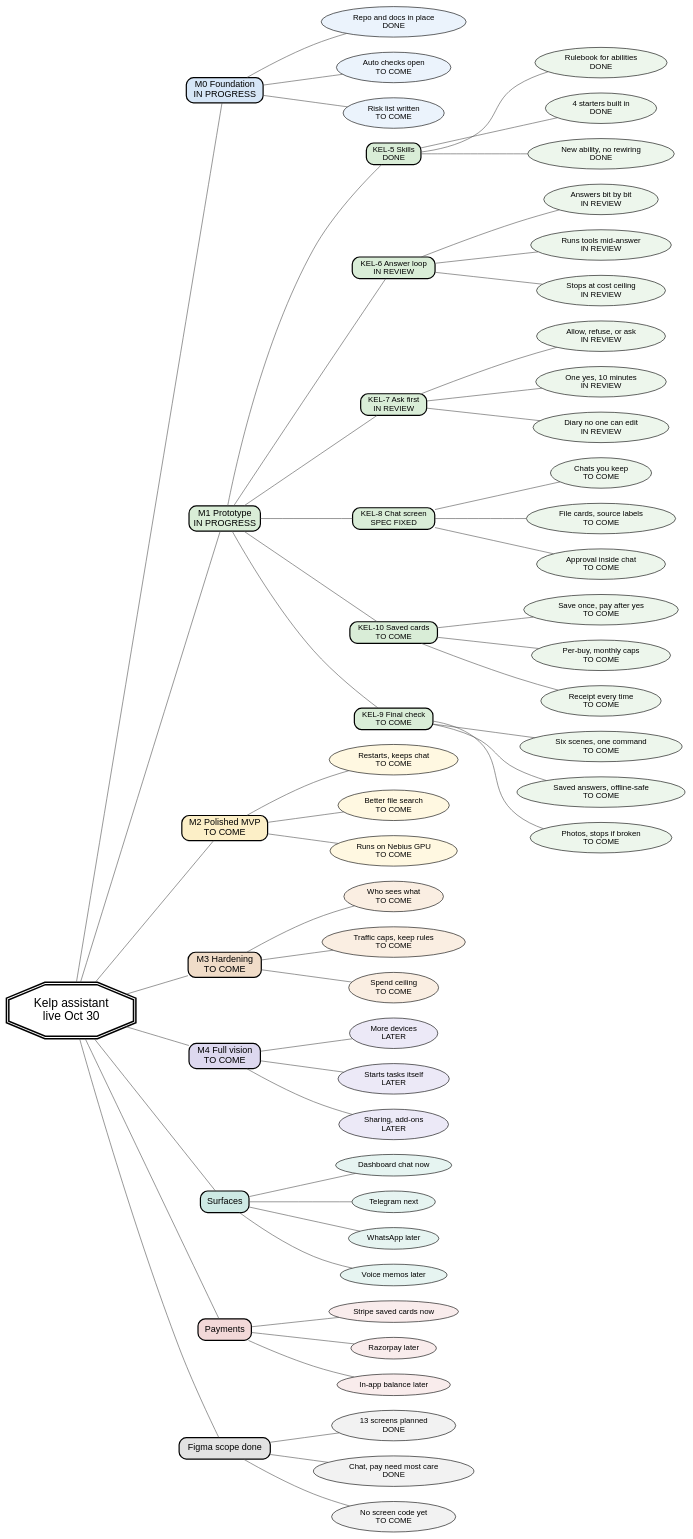
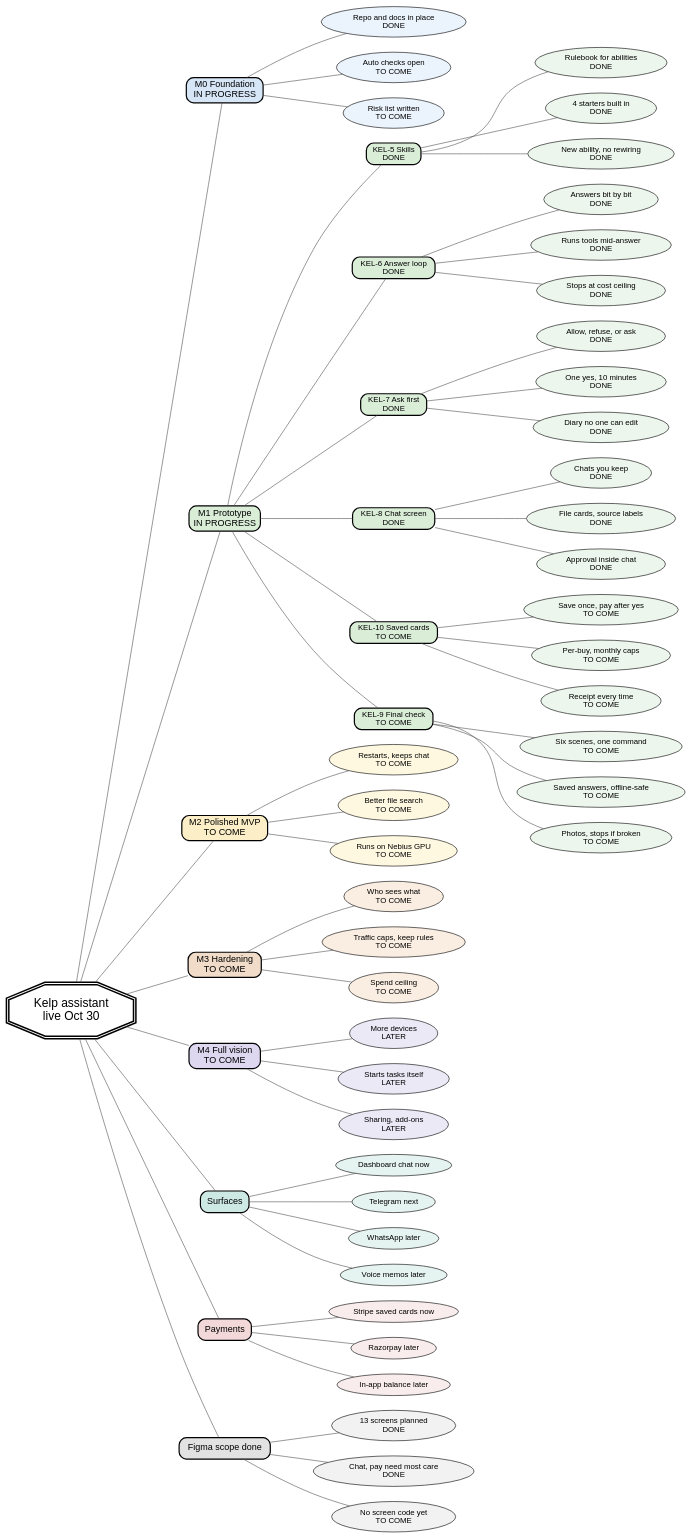
Before and after one commit to Anshieee/kelp: the diagram in docs/sdlc-mindmap.gv, drawn with Graphviz. The commit also changed 4 other files, not shown here.

```diff
--- a/docs/sdlc-mindmap.gv
+++ b/docs/sdlc-mindmap.gv
@@ -1,161 +1,161 @@
 // Kelp assistant SDLC mindmap (KEL-numbered).
 // One central node, one idea per branch, plain words.
 // Render: dot -Tsvg docs/sdlc-mindmap.gv -o docs/sdlc-mindmap.svg
 //         dot -Tpng docs/sdlc-mindmap.gv -o docs/sdlc-mindmap.png
 // Colours: white background, small muted fills per branch, black text.
 // Meaning is carried by words, never by colour alone. No emojis.
-// Status words: DONE, IN REVIEW, SPEC FIXED, IN PROGRESS, TO COME, LATER.
+// Status words: DONE, IN PROGRESS, TO COME, LATER.
 // Interactivity: every node has URL (page anchor) + tooltip (one plain line),
 // so dot emits <a href> links and <title> tooltips in the SVG.
 digraph sdlc {
   bgcolor="white";
   rankdir="LR";
   splines="true";
   overlap="false";
   nodesep="0.35";
   ranksep="1.0";
   node [fontname="Helvetica" fontsize="13" color="black" fontcolor="black" fillcolor="white" style="filled,rounded"];
   edge [color="#555555" arrowhead="none"];
 
   // Central node
   center [label="Kelp assistant\nlive Oct 30" shape="doubleoctagon" style="filled,bold" fontsize="20" penwidth="2.5" width="2.3" height="1.2" fillcolor="white" URL="#top" tooltip="Private assistant you talk to from a dashboard. Target live Oct 30."];
 
   // Main branches
   m0   [label="M0 Foundation\nIN PROGRESS" shape="box" style="filled,bold,rounded" fontsize="15" penwidth="2" fillcolor="#D6E6F7" URL="#m0" tooltip="Stage 0: shared code, docs, checks, risk list. In progress."];
   m1   [label="M1 Prototype\nIN PROGRESS" shape="box" style="filled,bold,rounded" fontsize="15" penwidth="2" fillcolor="#D9EDD7" URL="#m1" tooltip="Stage 1: ask, answer, approve, pay, demo. In progress."];
   m2   [label="M2 Polished MVP\nTO COME" shape="box" style="filled,bold,rounded" fontsize="15" penwidth="2" fillcolor="#FCEFC7" URL="#m2" tooltip="Stage 2: survives ordinary use. Agreed, not started."];
   m3   [label="M3 Hardening\nTO COME" shape="box" style="filled,bold,rounded" fontsize="15" penwidth="2" fillcolor="#F0DCC8" URL="#m3" tooltip="Stage 3: privacy and cost promises hold. Agreed, not started."];
   m4   [label="M4 Full vision\nTO COME" shape="box" style="filled,bold,rounded" fontsize="15" penwidth="2" fillcolor="#DDD8EF" URL="#m4" tooltip="Stage 4: more devices and sharing. Direction, not a deadline."];
   surf [label="Surfaces" shape="box" style="filled,bold,rounded" fontsize="15" penwidth="2" fillcolor="#CDE9E4" URL="#surfaces" tooltip="Where you talk to the assistant: screen now, phone apps later."];
   pay  [label="Payments" shape="box" style="filled,bold,rounded" fontsize="15" penwidth="2" fillcolor="#F2D8D8" URL="#payments" tooltip="How money moves: Stripe now, the rest later."];
   fig  [label="Figma scope done" shape="box" style="filled,bold,rounded" fontsize="15" penwidth="2" fillcolor="#E2E2E2" URL="#figma" tooltip="Screen plan is written. Drawing file is next, no code yet."];
 
   center -> m0;
   center -> m1;
   center -> m2;
   center -> m3;
   center -> m4;
   center -> surf;
   center -> pay;
   center -> fig;
 
   // M0 Foundation leaves (soft blue family)
   m0_repo   [label="Repo and docs in place\nDONE" fillcolor="#EBF3FC" URL="#m0" tooltip="Shared code copy plus docs live. Finished."];
   m0_checks [label="Auto checks open\nTO COME" fillcolor="#EBF3FC" URL="#m0" tooltip="Tests that run on every change. Not started."];
   m0_risks  [label="Risk list written\nTO COME" fillcolor="#EBF3FC" URL="#m0" tooltip="Written list of what could go wrong. Not started."];
   m0 -> m0_repo;
   m0 -> m0_checks;
   m0 -> m0_risks;
 
   // M1 holds the six KEL work items (soft green family)
   k5  [label="KEL-5 Skills\nDONE" shape="box" style="filled,bold,rounded" fillcolor="#D9EDD7" URL="#kel-5" tooltip="Rulebook every new ability follows. Finished."];
-  k6  [label="KEL-6 Answer loop\nIN REVIEW" shape="box" style="filled,bold,rounded" fillcolor="#D9EDD7" URL="#kel-6" tooltip="Engine: reads, thinks, answers bit by bit. Merged to main; review pending."];
-  k7  [label="KEL-7 Ask first\nIN REVIEW" shape="box" style="filled,bold,rounded" fillcolor="#D9EDD7" URL="#kel-7" tooltip="Checkpoint that asks you before acting. Merged to main; review pending."];
-  k8  [label="KEL-8 Chat screen\nSPEC FIXED" shape="box" style="filled,bold,rounded" fillcolor="#D9EDD7" URL="#kel-8" tooltip="Main screen you talk through. Spec fixed after review; no screen built yet."];
+  k6  [label="KEL-6 Answer loop\nDONE" shape="box" style="filled,bold,rounded" fillcolor="#D9EDD7" URL="#kel-6" tooltip="Engine: reads, thinks, answers bit by bit. Merged and reviewed."];
+  k7  [label="KEL-7 Ask first\nDONE" shape="box" style="filled,bold,rounded" fillcolor="#D9EDD7" URL="#kel-7" tooltip="Checkpoint that asks you before acting. Merged and reviewed."];
+  k8  [label="KEL-8 Chat screen\nDONE" shape="box" style="filled,bold,rounded" fillcolor="#D9EDD7" URL="#kel-8" tooltip="Main screen you talk through. Surface merged to main; the browser screen is next."];
   k10 [label="KEL-10 Saved cards\nTO COME" shape="box" style="filled,bold,rounded" fillcolor="#D9EDD7" URL="#kel-10" tooltip="Pay with saved cards after you say yes. Agreed, not started."];
   k9  [label="KEL-9 Final check\nTO COME" shape="box" style="filled,bold,rounded" fillcolor="#D9EDD7" URL="#kel-9" tooltip="Six-scene demo that proves it works. Runs last."];
   m1 -> k5;
   m1 -> k6;
   m1 -> k7;
   m1 -> k8;
   m1 -> k10;
   m1 -> k9;
 
   // KEL-5 leaves: what it is + why it matters
   k5_rule [label="Rulebook for abilities\nDONE" fillcolor="#EDF6EC" URL="#kel-5" tooltip="What each tool takes in, gives back, may touch. Finished."];
   k5_four [label="4 starters built in\nDONE" fillcolor="#EDF6EC" URL="#kel-5" tooltip="Web search, GitHub read, file answers, scheduler. Finished."];
   k5_add  [label="New ability, no rewiring\nDONE" fillcolor="#EDF6EC" URL="#kel-5" tooltip="Adding a tool is a small contained job. Finished."];
   k5 -> k5_rule;
   k5 -> k5_four;
   k5 -> k5_add;
 
   // KEL-6 leaves
-  k6_stream [label="Answers bit by bit\nIN REVIEW" fillcolor="#EDF6EC" URL="#kel-6" tooltip="Words appear as they arrive. Merged to main; review pending."];
-  k6_tools  [label="Runs tools mid-answer\nIN REVIEW" fillcolor="#EDF6EC" URL="#kel-6" tooltip="Asks a small program to do one thing, feeds back result. Merged to main; review pending."];
-  k6_cap    [label="Stops at cost ceiling\nIN REVIEW" fillcolor="#EDF6EC" URL="#kel-6" tooltip="Hard limit on steps and length, tallies price. Merged to main; review pending."];
+  k6_stream [label="Answers bit by bit\nDONE" fillcolor="#EDF6EC" URL="#kel-6" tooltip="Words appear as they arrive. Merged and reviewed."];
+  k6_tools  [label="Runs tools mid-answer\nDONE" fillcolor="#EDF6EC" URL="#kel-6" tooltip="Asks a small program to do one thing, feeds back result. Merged and reviewed."];
+  k6_cap    [label="Stops at cost ceiling\nDONE" fillcolor="#EDF6EC" URL="#kel-6" tooltip="Hard limit on steps and length, tallies price. Merged and reviewed."];
   k6 -> k6_stream;
   k6 -> k6_tools;
   k6 -> k6_cap;
 
   // KEL-7 leaves
-  k7_ask   [label="Allow, refuse, or ask\nIN REVIEW" fillcolor="#EDF6EC" URL="#kel-7" tooltip="Nothing changes something without a yes. Merged to main; review pending."];
-  k7_once  [label="One yes, 10 minutes\nIN REVIEW" fillcolor="#EDF6EC" URL="#kel-7" tooltip="Approval names exact action, works once, then expires. Merged to main; review pending."];
-  k7_diary [label="Diary no one can edit\nIN REVIEW" fillcolor="#EDF6EC" URL="#kel-7" tooltip="Every decision logged, keys removed. Merged to main; review pending."];
+  k7_ask   [label="Allow, refuse, or ask\nDONE" fillcolor="#EDF6EC" URL="#kel-7" tooltip="Nothing changes something without a yes. Merged and reviewed."];
+  k7_once  [label="One yes, 10 minutes\nDONE" fillcolor="#EDF6EC" URL="#kel-7" tooltip="Approval names exact action, works once, then expires. Merged and reviewed."];
+  k7_diary [label="Diary no one can edit\nDONE" fillcolor="#EDF6EC" URL="#kel-7" tooltip="Every decision logged, keys removed. Merged and reviewed."];
   k7 -> k7_ask;
   k7 -> k7_once;
   k7 -> k7_diary;
 
   // KEL-8 leaves
-  k8_chat [label="Chats you keep\nTO COME" fillcolor="#EDF6EC" URL="#kel-8" tooltip="Conversations you name and pick up later. Spec fixed, not built."];
-  k8_cards [label="File cards, source labels\nTO COME" fillcolor="#EDF6EC" URL="#kel-8" tooltip="PDF and table previews plus where answers came from. Spec fixed, not built."];
-  k8_appr [label="Approval inside chat\nTO COME" fillcolor="#EDF6EC" URL="#kel-8" tooltip="Yes or no buttons shown in the conversation. Spec fixed, not built."];
+  k8_chat [label="Chats you keep\nDONE" fillcolor="#EDF6EC" URL="#kel-8" tooltip="Conversations you name and pick up later. Merged to main."];
+  k8_cards [label="File cards, source labels\nDONE" fillcolor="#EDF6EC" URL="#kel-8" tooltip="PDF and table previews plus where answers came from. Merged to main."];
+  k8_appr [label="Approval inside chat\nDONE" fillcolor="#EDF6EC" URL="#kel-8" tooltip="Yes or no shown in the conversation, over one-time approvals. Merged to main."];
   k8 -> k8_chat;
   k8 -> k8_cards;
   k8 -> k8_appr;
 
   // KEL-10 leaves
   k10_cards [label="Save once, pay after yes\nTO COME" fillcolor="#EDF6EC" URL="#kel-10" tooltip="Cards kept by Stripe, charged only with approval. Not started."];
   k10_caps  [label="Per-buy, monthly caps\nTO COME" fillcolor="#EDF6EC" URL="#kel-10" tooltip="Spending rules that block over-limit pays. Not started."];
   k10_receipt [label="Receipt every time\nTO COME" fillcolor="#EDF6EC" URL="#kel-10" tooltip="What was done, when, and how much. Not started."];
   k10 -> k10_cards;
   k10 -> k10_caps;
   k10 -> k10_receipt;
 
   // KEL-9 leaves
   k9_six  [label="Six scenes, one command\nTO COME" fillcolor="#EDF6EC" URL="#kel-9" tooltip="Ask, files, GitHub, approve, schedule, restart. Not started."];
   k9_saved [label="Saved answers, offline-safe\nTO COME" fillcolor="#EDF6EC" URL="#kel-9" tooltip="Make-believe model answers so the run repeats. Not started."];
   k9_shots [label="Photos, stops if broken\nTO COME" fillcolor="#EDF6EC" URL="#kel-9" tooltip="Screenshot per scene, error if one fails. Not started."];
   k9 -> k9_six;
   k9 -> k9_saved;
   k9 -> k9_shots;
 
   // M2 leaves (soft amber family)
   m2_restart [label="Restarts, keeps chat\nTO COME" fillcolor="#FFF8E1" URL="#m2" tooltip="Picks up after a restart with nothing lost. Not started."];
   m2_search  [label="Better file search\nTO COME" fillcolor="#FFF8E1" URL="#m2" tooltip="Finds the right bit of your documents. Not started."];
   m2_gpu     [label="Runs on Nebius GPU\nTO COME" fillcolor="#FFF8E1" URL="#m2" tooltip="Model served from our fast chip. Not started."];
   m2 -> m2_restart;
   m2 -> m2_search;
   m2 -> m2_gpu;
 
   // M3 leaves (soft peach family)
   m3_who  [label="Who sees what\nTO COME" fillcolor="#FAEEE2" URL="#m3" tooltip="Privacy rules plus keys kept apart. Not started."];
   m3_rate [label="Traffic caps, keep rules\nTO COME" fillcolor="#FAEEE2" URL="#m3" tooltip="Limits on use and how long data stays. Not started."];
   m3_cost [label="Spend ceiling\nTO COME" fillcolor="#FAEEE2" URL="#m3" tooltip="Ceiling on model cost per turn and month. Not started."];
   m3 -> m3_who;
   m3 -> m3_rate;
   m3 -> m3_cost;
 
   // M4 leaves (soft lavender family)
   m4_dev  [label="More devices\nLATER" fillcolor="#ECE9F7" URL="#m4" tooltip="Same assistant in more places. Later."];
   m4_self [label="Starts tasks itself\nLATER" fillcolor="#ECE9F7" URL="#m4" tooltip="Work the assistant begins on its own. Later."];
   m4_team [label="Sharing, add-ons\nLATER" fillcolor="#ECE9F7" URL="#m4" tooltip="Team use plus abilities added by others. Later."];
   m4 -> m4_dev;
   m4 -> m4_self;
   m4 -> m4_team;
 
   // Surfaces leaves (soft teal family)
   s_dash [label="Dashboard chat now" fillcolor="#E6F4F1" URL="#surfaces" tooltip="Main screen in the browser. Built first."];
   s_tg   [label="Telegram next" fillcolor="#E6F4F1" URL="#surfaces" tooltip="Mirror of the same assistant, same rules. Next."];
   s_wa   [label="WhatsApp later" fillcolor="#E6F4F1" URL="#surfaces" tooltip="Not in this round. Later."];
   s_voice [label="Voice memos later" fillcolor="#E6F4F1" URL="#surfaces" tooltip="No recording or listening work yet. Later."];
   surf -> s_dash;
   surf -> s_tg;
   surf -> s_wa;
   surf -> s_voice;
 
   // Payments leaves (soft rose family)
   p_stripe [label="Stripe saved cards now" fillcolor="#F9ECEC" URL="#payments" tooltip="Save once, pay after approval, receipt each time. Now."];
   p_razor  [label="Razorpay later" fillcolor="#F9ECEC" URL="#payments" tooltip="No integration in this round. Later."];
   p_bal    [label="In-app balance later" fillcolor="#F9ECEC" URL="#payments" tooltip="Topping up and ledger wait. Later."];
   pay -> p_stripe;
   pay -> p_razor;
   pay -> p_bal;
 
   // Figma leaves (soft grey family)
   f_plan [label="13 screens planned\nDONE" fillcolor="#F2F2F2" URL="#figma" tooltip="Thirteen screens, three flows, four states each. Finished."];
   f_flows [label="Chat, pay need most care\nDONE" fillcolor="#F2F2F2" URL="#figma" tooltip="Money screens get big numbers and plain words. Finished."];
   f_code [label="No screen code yet\nTO COME" fillcolor="#F2F2F2" URL="#figma" tooltip="Drawing file next, then code. Not started."];
   fig -> f_plan;
   fig -> f_flows;
   fig -> f_code;
 }
```
